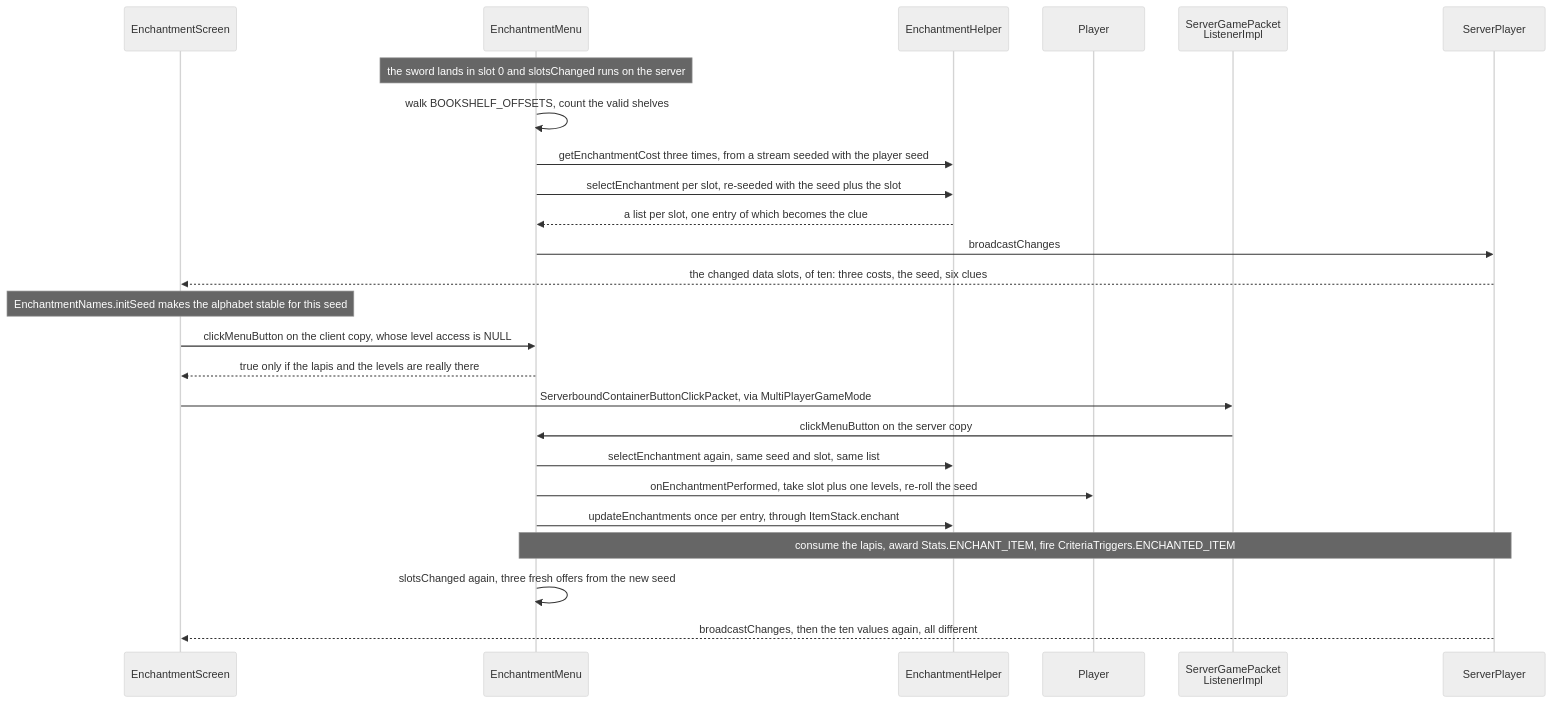
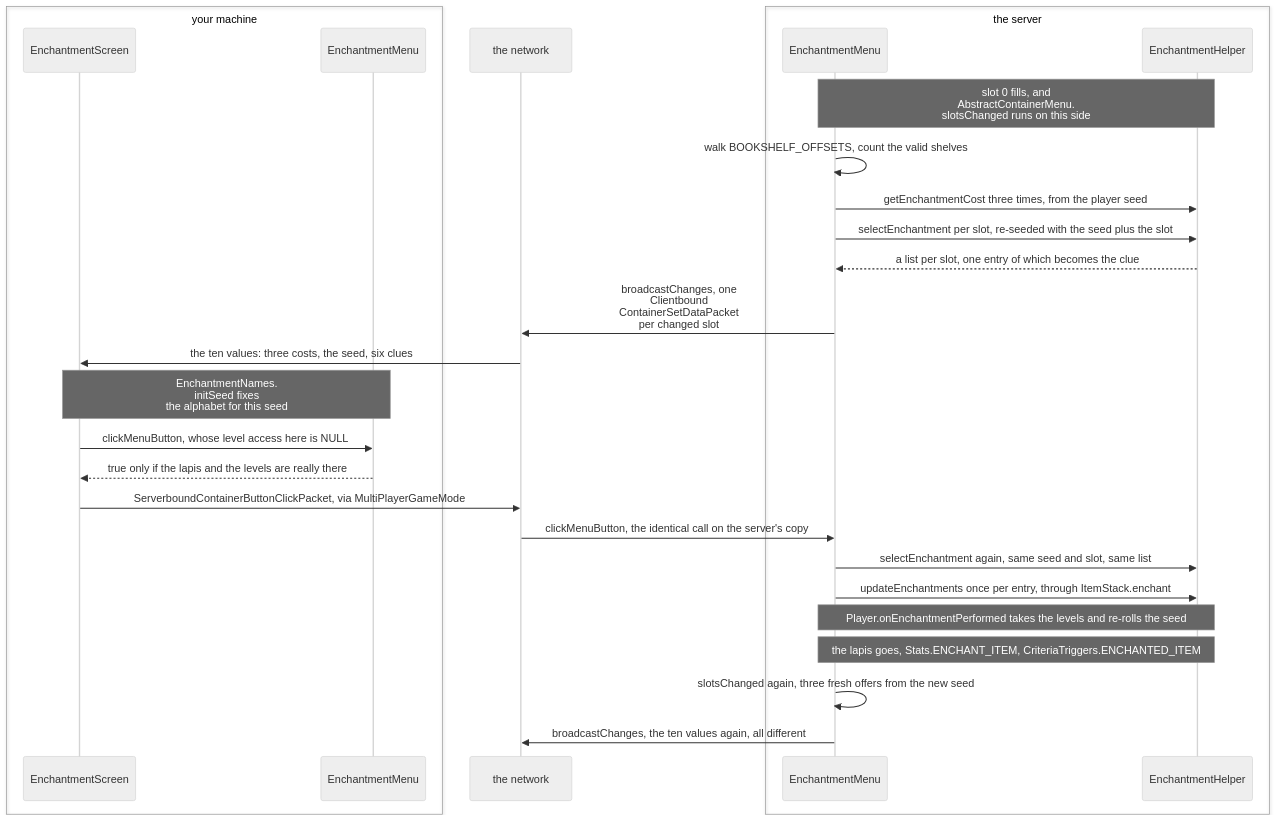
The second of 2 diagrams in src/systems/items/enchanting.md (AlexanderjFraser/MinecraftDocs), drawn with Mermaid (neutral theme) before and after one commit. The commit also changed other lines of this file and 19 other files, not shown here.

````diff
--- a/src/systems/items/enchanting.md
+++ b/src/systems/items/enchanting.md
@@ -288,28 +296,31 @@
 ```mermaid
 sequenceDiagram
+    box transparent your machine
     participant EScr as EnchantmentScreen
+    participant CEM as EnchantmentMenu
+    end
+    participant Wire as the network
+    box transparent the server
     participant EM as EnchantmentMenu
     participant EH as EnchantmentHelper
-    participant Player as Player
-    participant SGPL as ServerGamePacket<br/>ListenerImpl
-    participant SP as ServerPlayer
+    end
 
-    Note over EM: the sword lands in slot 0 and slotsChanged runs on the server
+    Note over EM,EH: slot 0 fills, and <br/>AbstractContainerMenu.<br/>slotsChanged runs on this side
     EM->>EM: walk BOOKSHELF_OFFSETS, count the valid shelves
-    EM->>EH: getEnchantmentCost three times, from a stream seeded with the player seed
+    EM->>EH: getEnchantmentCost three times, from the player seed
     EM->>EH: selectEnchantment per slot, re-seeded with the seed plus the slot
     EH-->>EM: a list per slot, one entry of which becomes the clue
-    EM->>SP: broadcastChanges
-    SP-->>EScr: the changed data slots, of ten: three costs, the seed, six clues
-    Note over EScr: EnchantmentNames.initSeed makes the alphabet stable for this seed
-    EScr->>EM: clickMenuButton on the client copy, whose level access is NULL
-    EM-->>EScr: true only if the lapis and the levels are really there
-    EScr->>SGPL: ServerboundContainerButtonClickPacket, via MultiPlayerGameMode
-    SGPL->>EM: clickMenuButton on the server copy
+    EM->>Wire: broadcastChanges, one<br/>Clientbound<br/>ContainerSetDataPacket<br/>per changed slot
+    Wire->>EScr: the ten values: three costs, the seed, six clues
+    Note over EScr,CEM: EnchantmentNames.<br/>initSeed fixes <br/>the alphabet for this seed
+    EScr->>CEM: clickMenuButton, whose level access here is NULL
+    CEM-->>EScr: true only if the lapis and the levels are really there
+    EScr->>Wire: ServerboundContainerButtonClickPacket, via MultiPlayerGameMode
+    Wire->>EM: clickMenuButton, the identical call on the server's copy
     EM->>EH: selectEnchantment again, same seed and slot, same list
-    EM->>Player: onEnchantmentPerformed, take slot plus one levels, re-roll the seed
     EM->>EH: updateEnchantments once per entry, through ItemStack.enchant
-    Note over EM,SP: consume the lapis, award Stats.ENCHANT_ITEM, fire CriteriaTriggers.ENCHANTED_ITEM
+    Note over EM,EH: Player.onEnchantmentPerformed takes the levels and re-rolls the seed
+    Note over EM,EH: the lapis goes, Stats.ENCHANT_ITEM, CriteriaTriggers.ENCHANTED_ITEM
     EM->>EM: slotsChanged again, three fresh offers from the new seed
-    SP-->>EScr: broadcastChanges, then the ten values again, all different
+    EM->>Wire: broadcastChanges, the ten values again, all different
 ```
````
